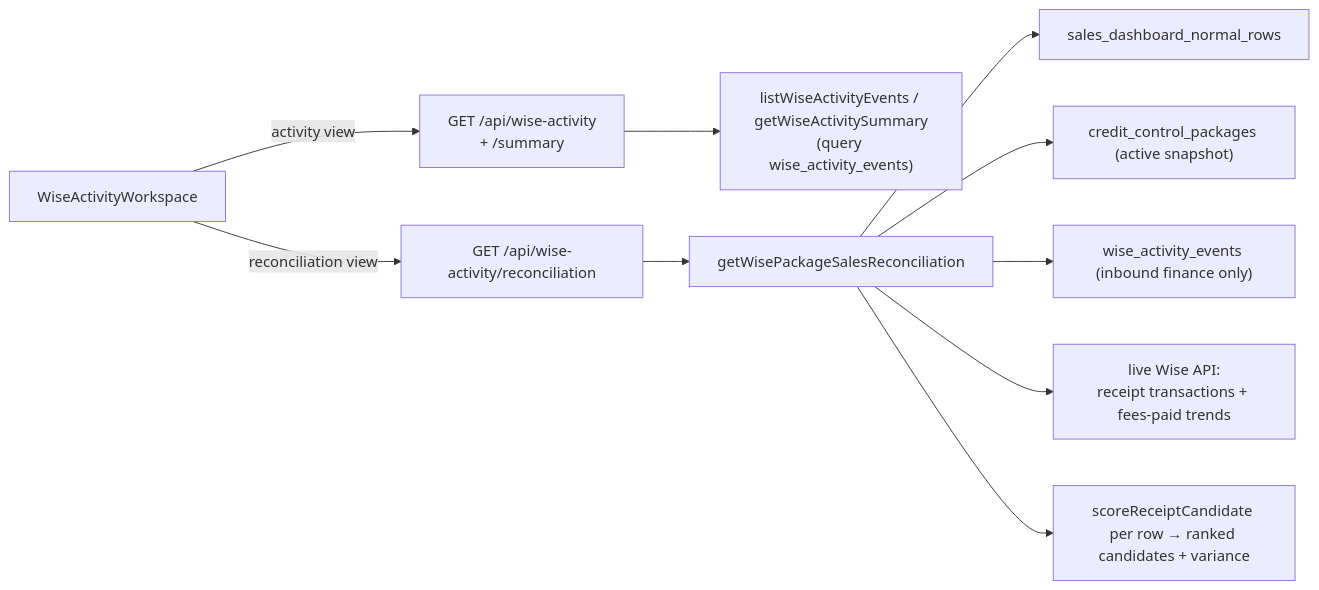
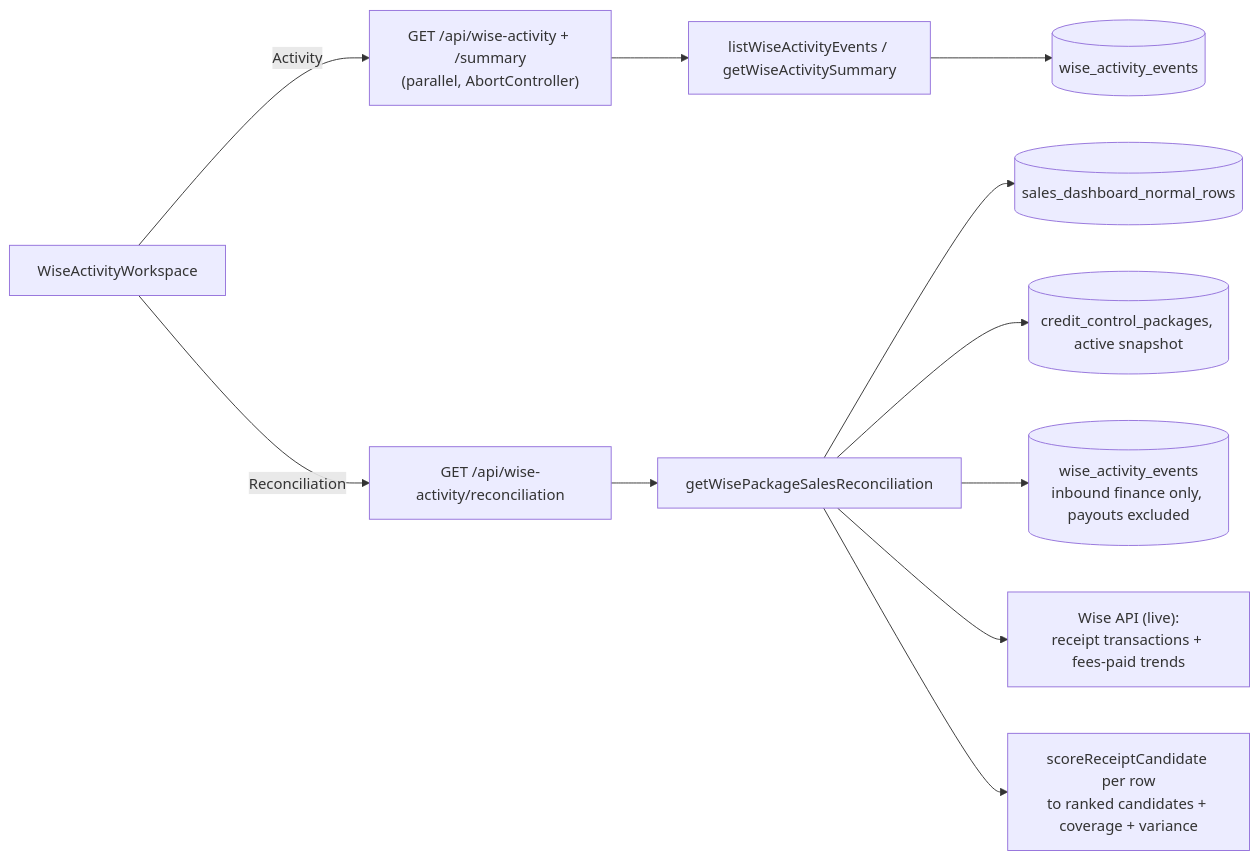
The second of 2 diagrams in docs/features/wise-activity-audit.md (kasheesh711/bgscheduler), drawn with Mermaid before and after one commit. The commit also changed other lines of this file and 71 other files, not shown here.

````diff
--- a/docs/features/wise-activity-audit.md
+++ b/docs/features/wise-activity-audit.md
@@ -82,12 +100,13 @@
 ```mermaid
 flowchart LR
-  WS["WiseActivityWorkspace"] -->|activity view| List["GET /api/wise-activity\n+ /summary"]
-  WS -->|reconciliation view| Recon["GET /api/wise-activity/reconciliation"]
-  List --> Data["listWiseActivityEvents / getWiseActivitySummary\n(query wise_activity_events)"]
+  WS["WiseActivityWorkspace"] -->|Activity| List["GET /api/wise-activity + /summary<br/>(parallel, AbortController)"]
+  WS -->|Reconciliation| Recon["GET /api/wise-activity/reconciliation"]
+  List --> Data["listWiseActivityEvents / getWiseActivitySummary"]
+  Data --> Events[("wise_activity_events")]
   Recon --> Build["getWisePackageSalesReconciliation"]
-  Build --> Sheet["sales_dashboard_normal_rows"]
-  Build --> Credit["credit_control_packages (active snapshot)"]
-  Build --> Events["wise_activity_events (inbound finance only)"]
-  Build --> Live["live Wise API:\nreceipt transactions + fees-paid trends"]
-  Build --> Score["scoreReceiptCandidate per row → ranked candidates + variance"]
+  Build --> Sheet[("sales_dashboard_normal_rows")]
+  Build --> Credit[("credit_control_packages, active snapshot")]
+  Build --> Events2[("wise_activity_events<br/>inbound finance only, payouts excluded")]
+  Build --> Live["Wise API (live):<br/>receipt transactions + fees-paid trends"]
+  Build --> Score["scoreReceiptCandidate per row<br/>to ranked candidates + coverage + variance"]
 ```
````
